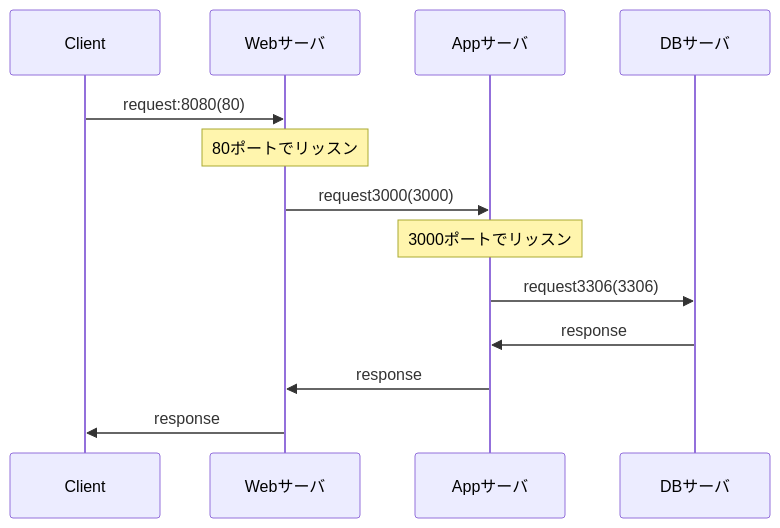
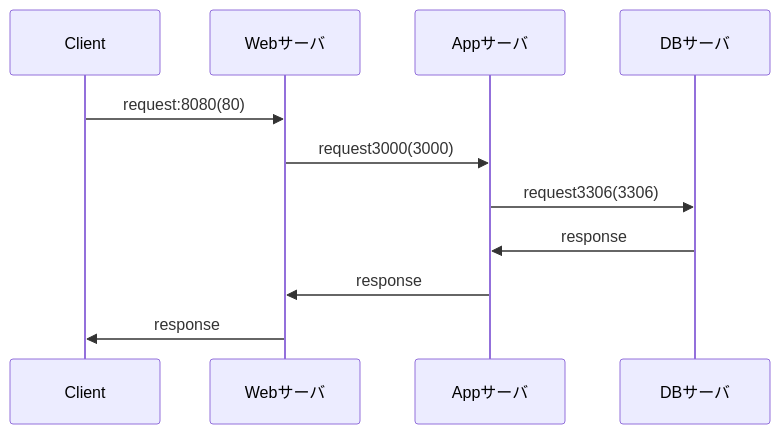
Before and after one commit to km0723/rails6_sandbox: the diagram in README.md, drawn with Mermaid.

````diff
--- a/README.md
+++ b/README.md
@@ -13,11 +13,9 @@
 ```mermaid
 sequenceDiagram
     Client->>  Webサーバ: request:8080(80)
-    Note over Webサーバ:80ポートでリッスン
     Webサーバ->> Appサーバ: request3000(3000)
-    Note over Appサーバ:3000ポートでリッスン
     Appサーバ->>DBサーバ: request3306(3306)
     DBサーバ->> Appサーバ: response
     Appサーバ->> Webサーバ: response
     Webサーバ->> Client: response
 ```
````
